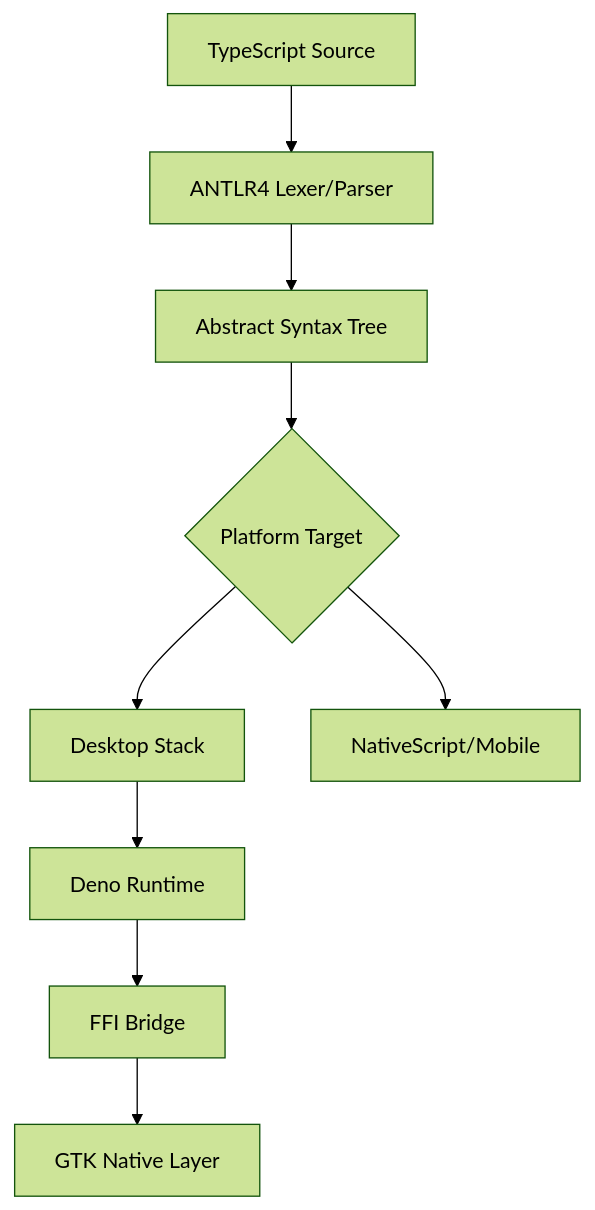
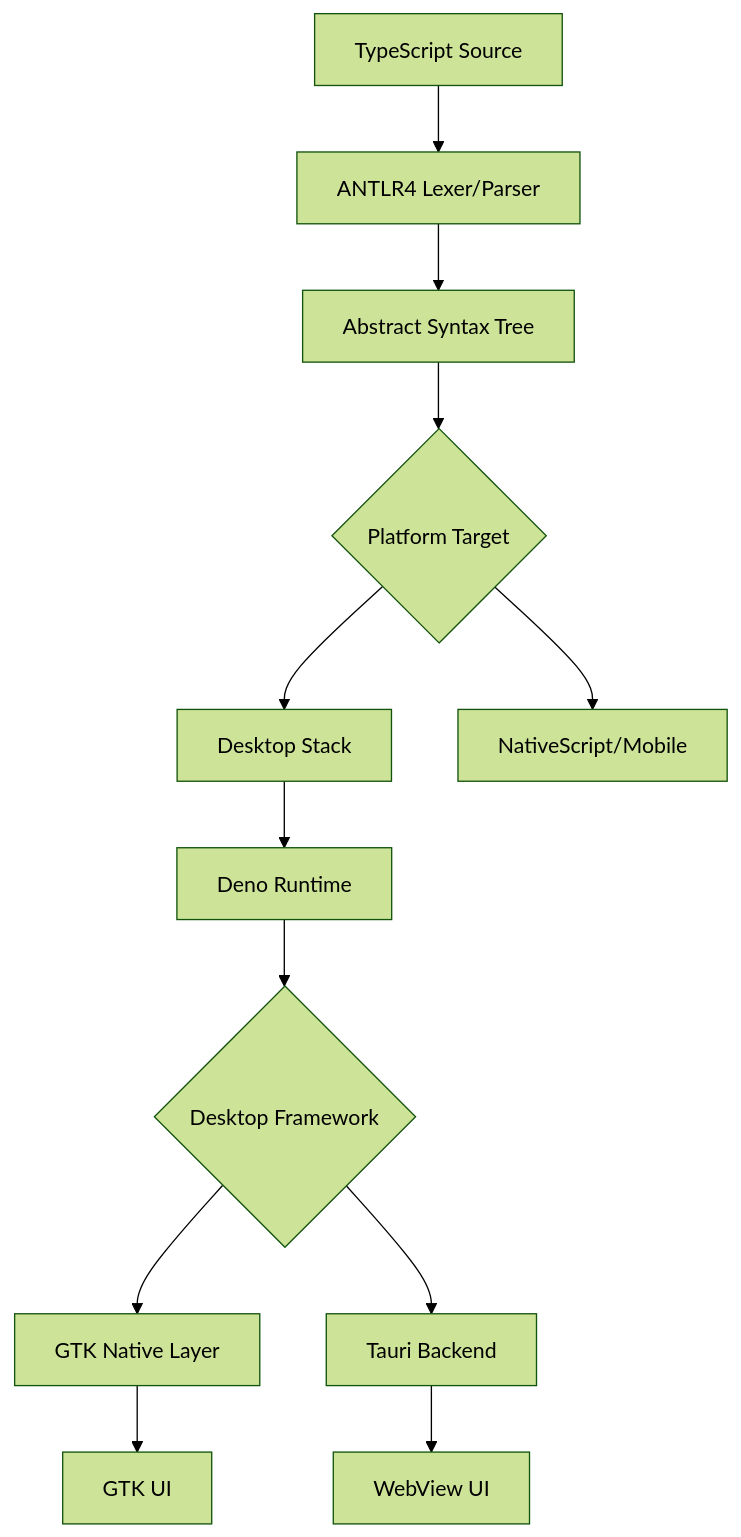
Before and after one commit to lpmwfx/Toolbox: the first of 3 diagrams in stack-analysis.md, drawn with Mermaid (forest theme). The commit also changed other lines of this file and 4 other files, not shown here.

````diff
--- a/stack-analysis.md
+++ b/stack-analysis.md
@@ -44,11 +54,14 @@
 ```mermaid
 graph TD
     A[TypeScript Source] --> B[ANTLR4 Lexer/Parser]
     B --> C[Abstract Syntax Tree]
     C --> D{Platform Target}
     D --> E[Desktop Stack]
     D --> F[NativeScript/Mobile]
     E --> G[Deno Runtime]
-    G --> H[FFI Bridge]
+    G --> H{Desktop Framework}
     H --> I[GTK Native Layer]
+    H --> J[Tauri Backend]
+    I --> K[GTK UI]
+    J --> L[WebView UI]
 ```
````
